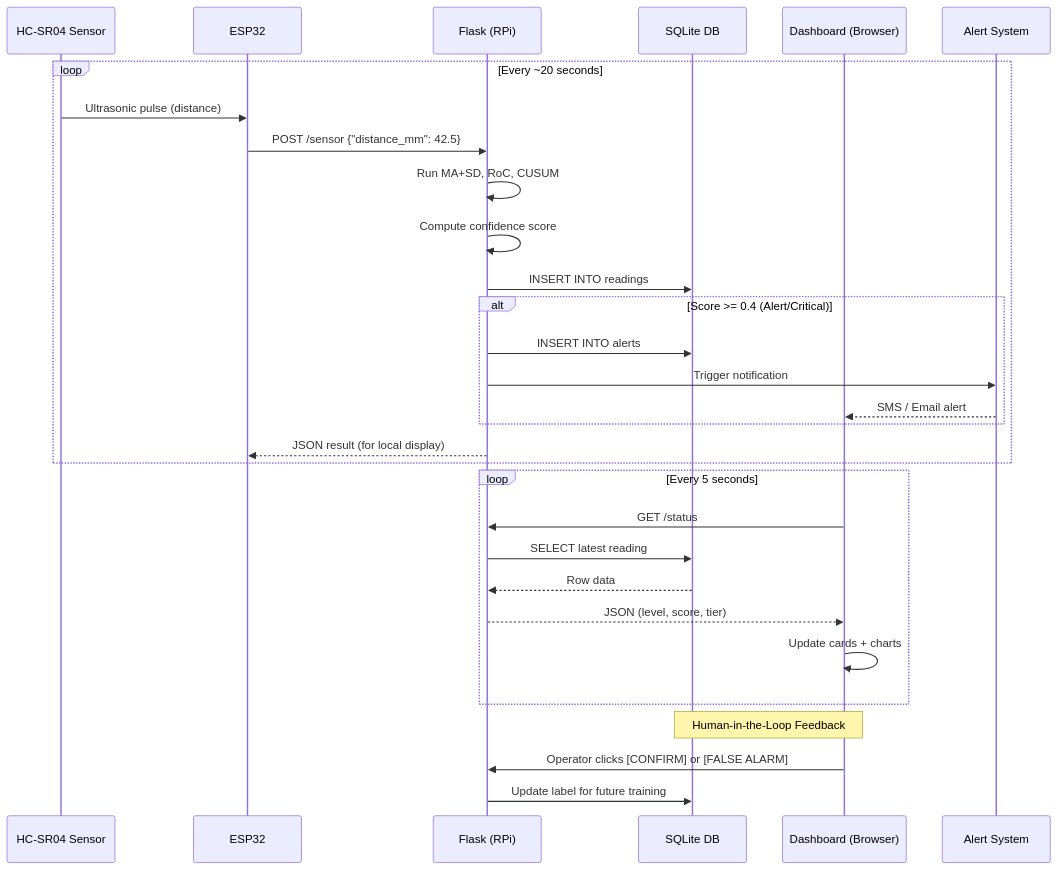
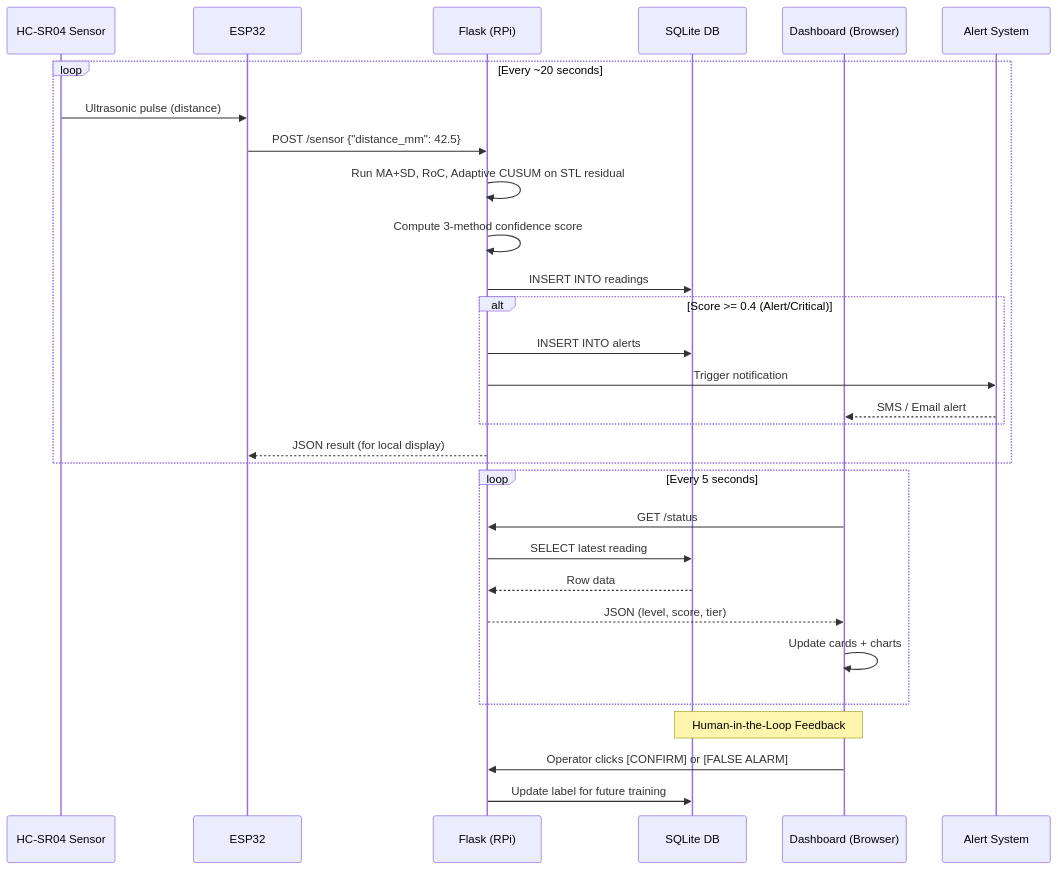
Before and after one commit to Pradnesh23/anomaly-detection-tank: the third of 3 diagrams in README.md, drawn with Mermaid. The commit also changed other lines of this file and 2 other files, not shown here.

Commit message:
Remove Prophet: STL-only pipeline, update README with latest F1 metrics and corrected diagrams

````diff
--- a/README.md
+++ b/README.md
@@ -96,37 +97,37 @@
 ```mermaid
 sequenceDiagram
     participant S as HC-SR04 Sensor
     participant E as ESP32
     participant F as Flask (RPi)
     participant D as SQLite DB
     participant U as Dashboard (Browser)
     participant A as Alert System
     
     loop Every ~20 seconds
         S->>E: Ultrasonic pulse (distance)
         E->>F: POST /sensor {"distance_mm": 42.5}
-        F->>F: Run MA+SD, RoC, CUSUM
-        F->>F: Compute confidence score
+        F->>F: Run MA+SD, RoC, Adaptive CUSUM on STL residual
+        F->>F: Compute 3-method confidence score
         F->>D: INSERT INTO readings
         
         alt Score >= 0.4 (Alert/Critical)
             F->>D: INSERT INTO alerts
             F->>A: Trigger notification
             A-->>U: SMS / Email alert
         end
         
         F-->>E: JSON result (for local display)
     end
     
     loop Every 5 seconds
         U->>F: GET /status
         F->>D: SELECT latest reading
         D-->>F: Row data
         F-->>U: JSON (level, score, tier)
         U->>U: Update cards + charts
     end
     
     Note over U,D: Human-in-the-Loop Feedback
     U->>F: Operator clicks [CONFIRM] or [FALSE ALARM]
     F->>D: Update label for future training
 ```
````
